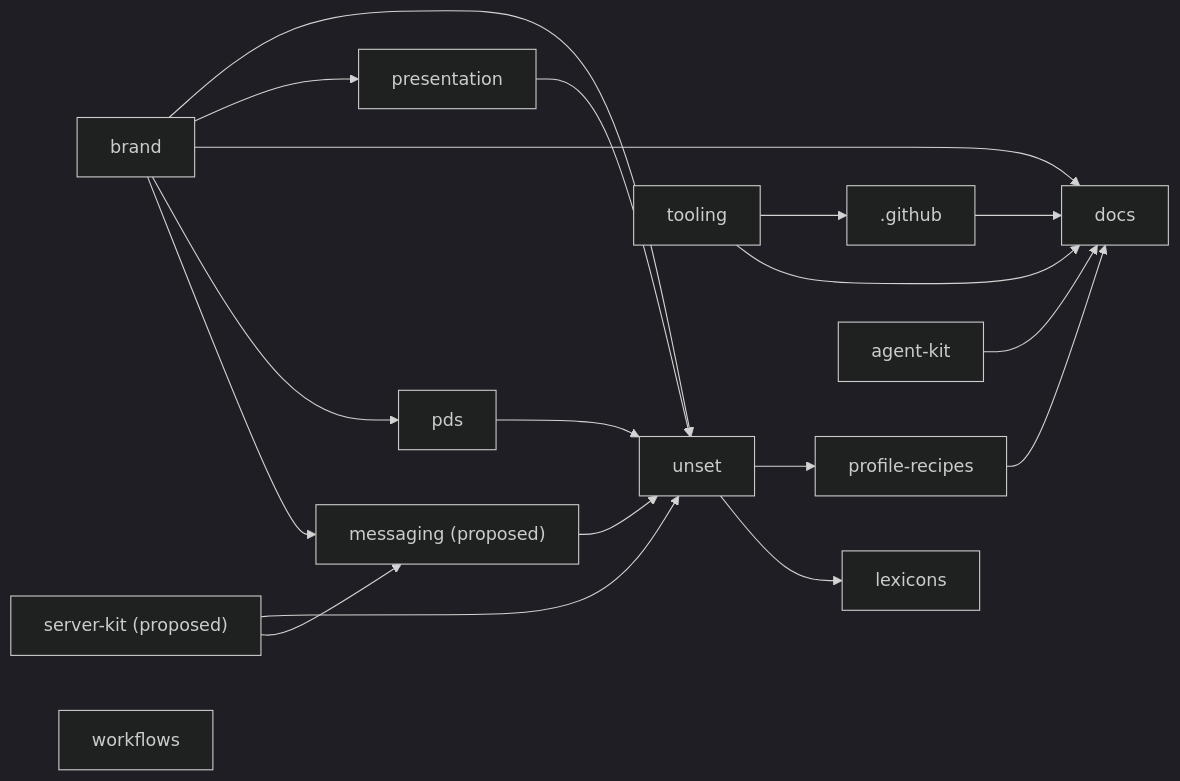
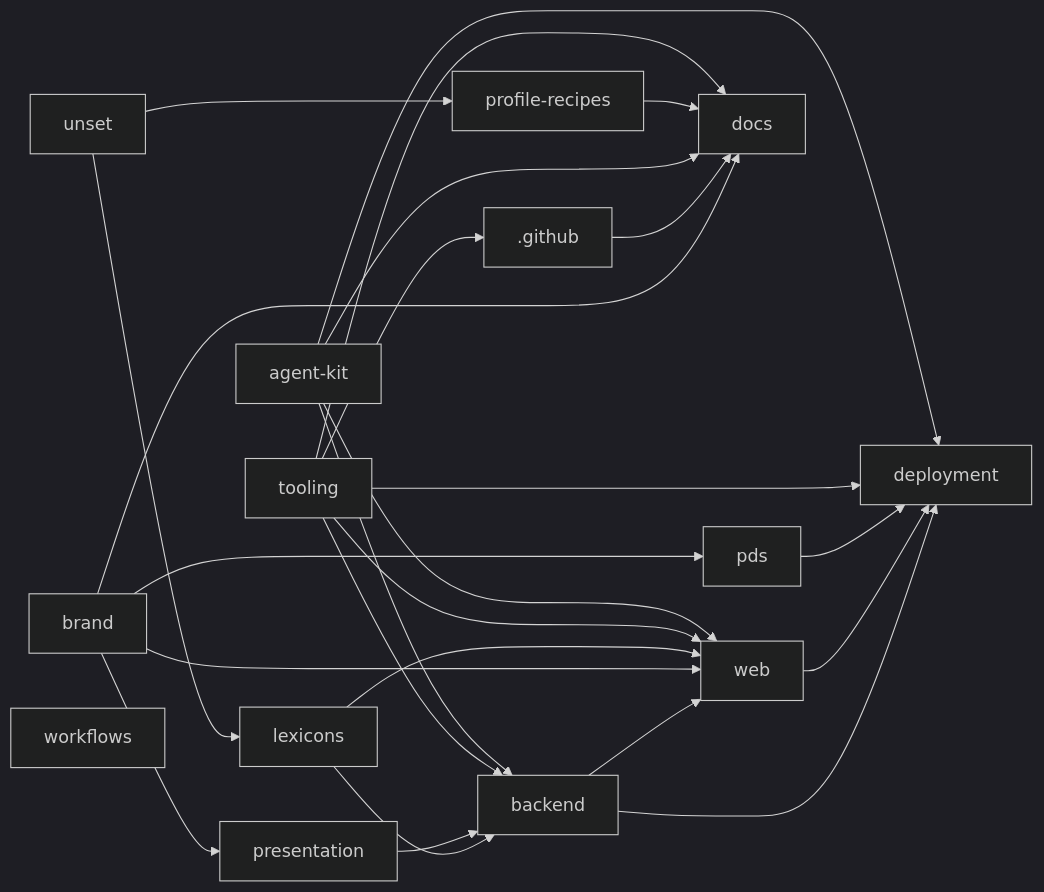
One commit to unset-sh/.github changed the diagram in MAP.md. Above: the diagram before and after it, drawn with Mermaid (dark theme). The commit also changed other lines of this file and 2 other files, not shown here.

````diff
--- a/MAP.md
+++ b/MAP.md
@@ -33,33 +34,41 @@
 ```mermaid
 flowchart LR
+  r_web["web"]
+  r_backend["backend"]
+  r_deployment["deployment"]
   r_unset["unset"]
   r__github[".github"]
   r_tooling["tooling"]
   r_brand["brand"]
   r_presentation["presentation"]
   r_profile_recipes["profile-recipes"]
   r_docs["docs"]
   r_pds["pds"]
   r_lexicons["lexicons"]
-  r_messaging["messaging (proposed)"]
-  r_server_kit["server-kit (proposed)"]
   r_agent_kit["agent-kit"]
   r_workflows["workflows"]
-  r_brand --> r_unset
-  r_presentation --> r_unset
-  r_messaging --> r_unset
-  r_server_kit --> r_unset
-  r_pds --> r_unset
+  r_backend --> r_web
+  r_brand --> r_web
+  r_lexicons --> r_web
+  r_tooling --> r_web
+  r_agent_kit --> r_web
+  r_lexicons --> r_backend
+  r_presentation --> r_backend
+  r_tooling --> r_backend
+  r_agent_kit --> r_backend
+  r_backend --> r_deployment
+  r_web --> r_deployment
+  r_pds --> r_deployment
+  r_tooling --> r_deployment
+  r_agent_kit --> r_deployment
   r_tooling --> r__github
   r_brand --> r_presentation
   r_unset --> r_profile_recipes
   r_brand --> r_docs
   r__github --> r_docs
   r_agent_kit --> r_docs
   r_profile_recipes --> r_docs
   r_tooling --> r_docs
   r_brand --> r_pds
   r_unset --> r_lexicons
-  r_brand --> r_messaging
-  r_server_kit --> r_messaging
 ```
````
